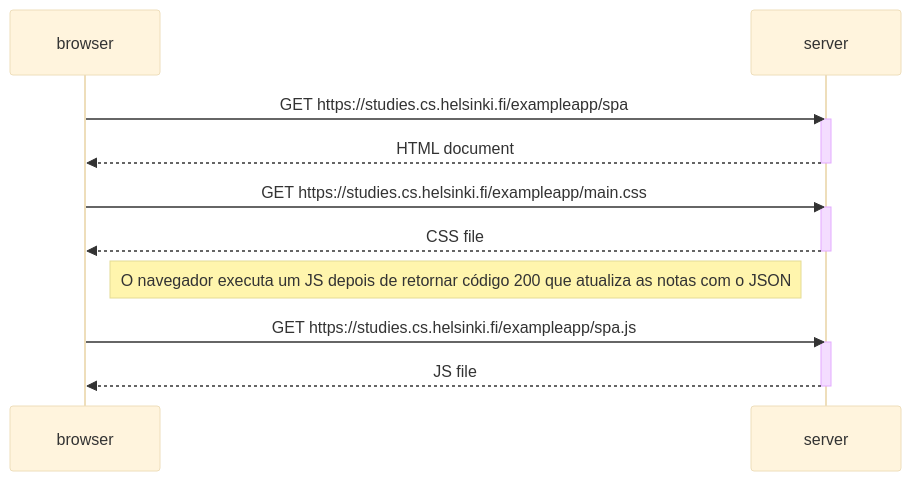
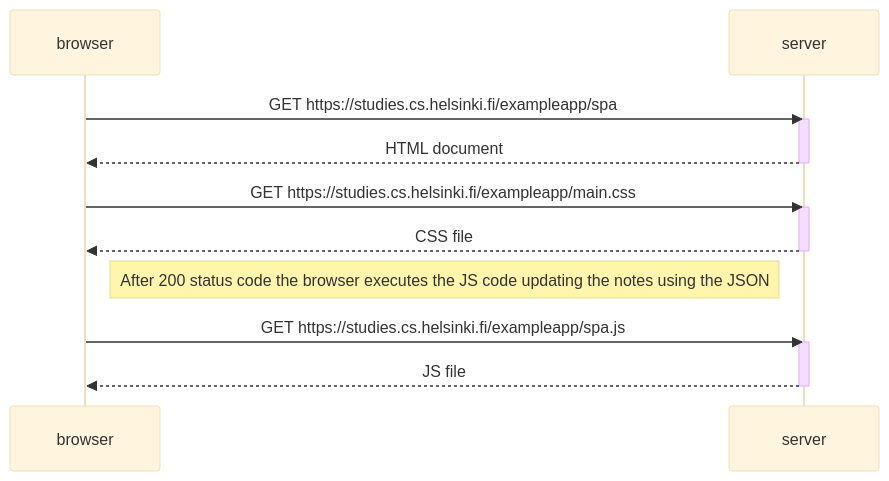
The diagram in part0/0_5.mmd (cleidianeloy/fullstackopen), drawn with Mermaid (base theme) before and after one commit. The commit also changed 2 other files, not shown here.

Commit message:
updating the mmd notes to english

```diff
--- a/part0/0_5.mmd
+++ b/part0/0_5.mmd
@@ -1,20 +1,19 @@
 sequenceDiagram
     participant browser
     participant server
 
     browser->>server: GET https://studies.cs.helsinki.fi/exampleapp/spa
     activate server
     server-->>browser: HTML document
     deactivate server
 
     browser->>server: GET https://studies.cs.helsinki.fi/exampleapp/main.css
     activate server
     server-->>browser: CSS file
     deactivate server
 
-    Note right of browser: O navegador executa um JS depois de retornar código 200 que atualiza as notas com o JSON 
-
+    Note right of browser: After 200 status code the browser executes the JS code updating the notes using the JSON
     browser->>server: GET https://studies.cs.helsinki.fi/exampleapp/spa.js
     activate server
     server-->>browser: JS file
     deactivate server
```
